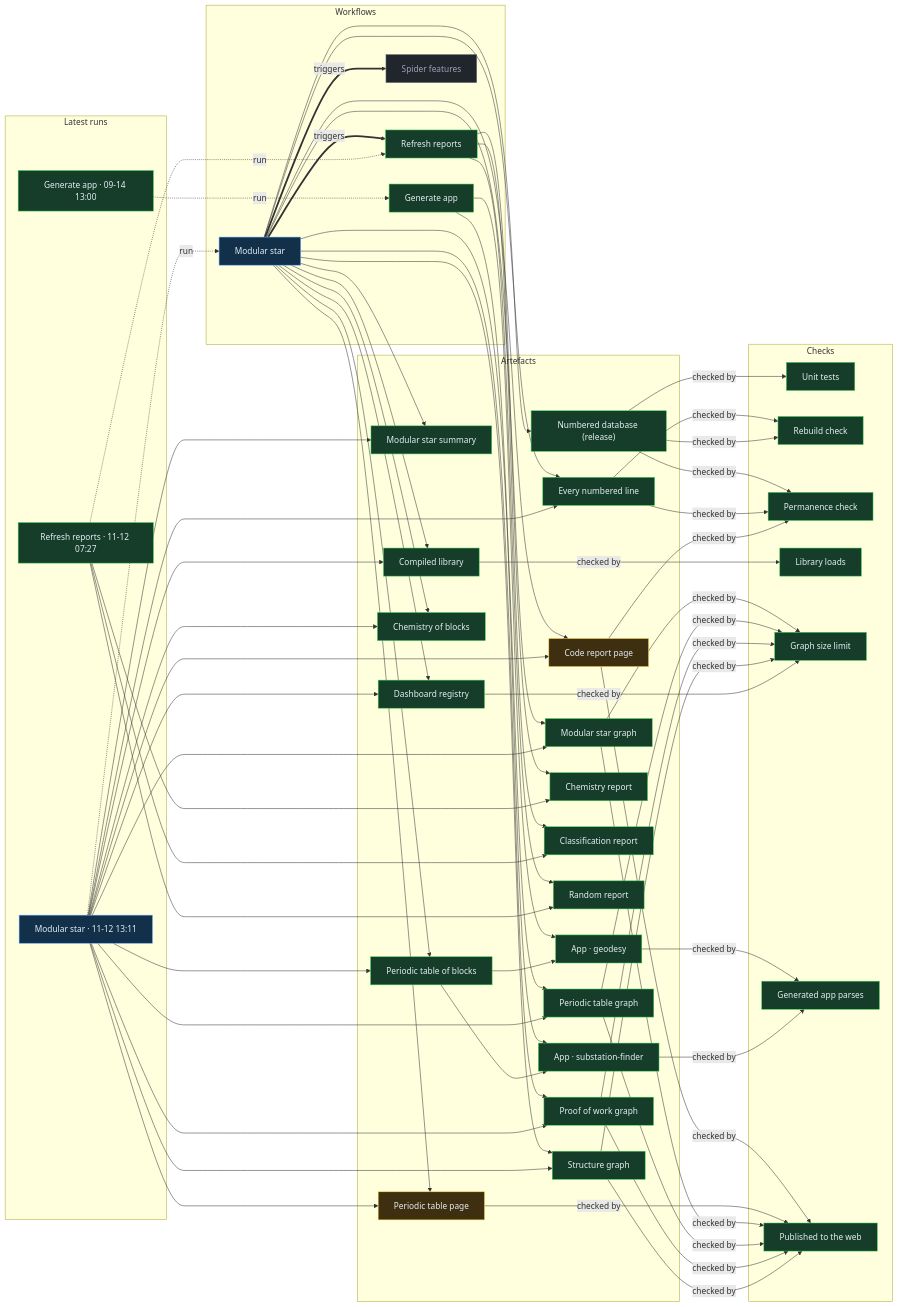
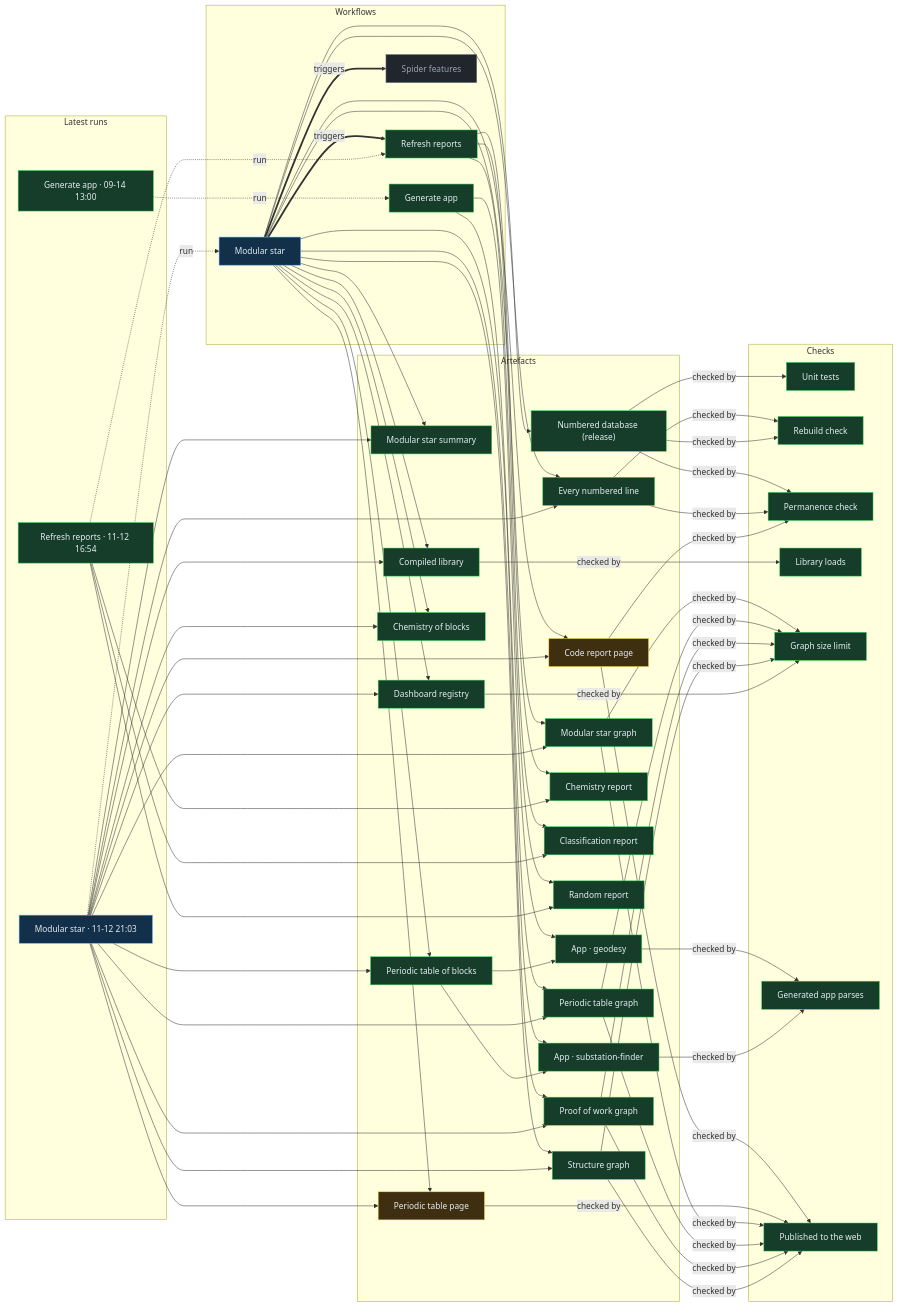
One commit to Ventusltd/stars changed the diagram in proof/PROOF.md. Above: the diagram before and after it, drawn with Mermaid. The commit also changed other lines of this file and 49 other files, not shown here.

Commit message:
Modular star 2026-11-12T21:06Z

```diff
--- a/proof/PROOF.md
+++ b/proof/PROOF.md
@@ -24,8 +24,8 @@
   n_wf_spider_features["Spider features"]:::off
   end
   subgraph g_runs["Latest runs"]
-  n_run_43224987712["Modular star · 11-12 13:11"]:::live
-  n_run_43175348716["Refresh reports · 11-12 07:27"]:::ok
+  n_run_43306452452["Modular star · 11-12 21:03"]:::live
+  n_run_43263800951["Refresh reports · 11-12 16:54"]:::ok
   n_run_34846587798["Generate app · 09-14 13:00"]:::ok
   end
   subgraph g_artefacts["Artefacts"]
@@ -59,39 +59,39 @@
   end
   n_wf_modular_star == triggers ==> n_wf_refresh
   n_wf_modular_star == triggers ==> n_wf_spider_features
-  n_run_43224987712 -. run .-> n_wf_modular_star
-  n_run_43175348716 -. run .-> n_wf_refresh
+  n_run_43306452452 -. run .-> n_wf_modular_star
+  n_run_43263800951 -. run .-> n_wf_refresh
   n_run_34846587798 -. run .-> n_wf_generate
   n_wf_modular_star --> n_art_summary
-  n_run_43224987712 --> n_art_summary
+  n_run_43306452452 --> n_art_summary
   n_wf_modular_star --> n_art_lines
-  n_run_43224987712 --> n_art_lines
+  n_run_43306452452 --> n_art_lines
   n_wf_modular_star --> n_art_code
-  n_run_43224987712 --> n_art_code
+  n_run_43306452452 --> n_art_code
   n_wf_modular_star --> n_art_modular_graph
-  n_run_43224987712 --> n_art_modular_graph
+  n_run_43306452452 --> n_art_modular_graph
   n_wf_modular_star --> n_art_blocks
-  n_run_43224987712 --> n_art_blocks
+  n_run_43306452452 --> n_art_blocks
   n_wf_modular_star --> n_art_table
-  n_run_43224987712 --> n_art_table
+  n_run_43306452452 --> n_art_table
   n_wf_modular_star --> n_art_blocks_graph
-  n_run_43224987712 --> n_art_blocks_graph
+  n_run_43306452452 --> n_art_blocks_graph
   n_wf_modular_star --> n_art_reactions
-  n_run_43224987712 --> n_art_reactions
+  n_run_43306452452 --> n_art_reactions
   n_wf_modular_star --> n_art_library
-  n_run_43224987712 --> n_art_library
+  n_run_43306452452 --> n_art_library
   n_wf_modular_star --> n_art_features
-  n_run_43224987712 --> n_art_features
+  n_run_43306452452 --> n_art_features
   n_wf_modular_star --> n_art_proof
-  n_run_43224987712 --> n_art_proof
+  n_run_43306452452 --> n_art_proof
   n_wf_modular_star --> n_art_structure
-  n_run_43224987712 --> n_art_structure
+  n_run_43306452452 --> n_art_structure
   n_wf_refresh --> n_art_chemistry
-  n_run_43175348716 --> n_art_chemistry
+  n_run_43263800951 --> n_art_chemistry
   n_wf_refresh --> n_art_vedic
-  n_run_43175348716 --> n_art_vedic
+  n_run_43263800951 --> n_art_vedic
   n_wf_refresh --> n_art_random
-  n_run_43175348716 --> n_art_random
+  n_run_43263800951 --> n_art_random
   n_wf_modular_star --> n_art_release
   n_wf_generate --> n_app_geodesy
   n_art_blocks --> n_app_geodesy
```
